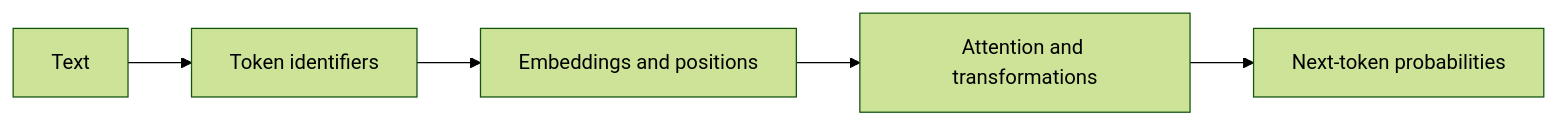
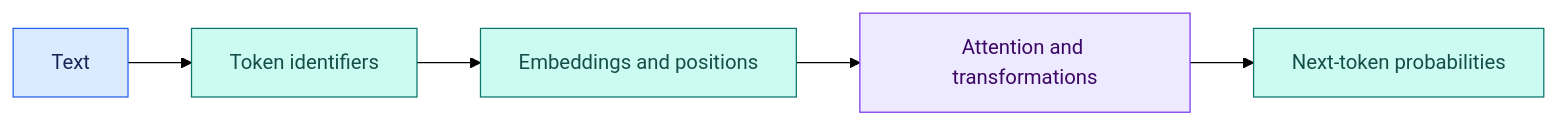
One commit to Shaktiprasadram22/system-design-26-week-roadmap changed the first of 5 diagrams in chapters/05-ai-fundamentals-and-rag.md. Above: the diagram before and after it, drawn with Mermaid (forest theme). The commit also changed other lines of this file and 21 other files, not shown here.

````diff
--- a/chapters/05-ai-fundamentals-and-rag.md
+++ b/chapters/05-ai-fundamentals-and-rag.md
@@ -35,7 +38,15 @@
 ```mermaid
 flowchart LR
     A[Text] --> B[Token identifiers]
     B --> C[Embeddings and positions]
     C --> D[Attention and transformations]
     D --> E[Next-token probabilities]
+
+    classDef input fill:#dbeafe,stroke:#2563eb,color:#172554;
+    classDef service fill:#ede9fe,stroke:#7c3aed,color:#3b0764;
+    classDef data fill:#ccfbf1,stroke:#0f766e,color:#134e4a;
+    classDef edge fill:#ffedd5,stroke:#c2410c,color:#431407;
+    class A input;
+    class B,C,E data;
+    class D service;
 ```
````
